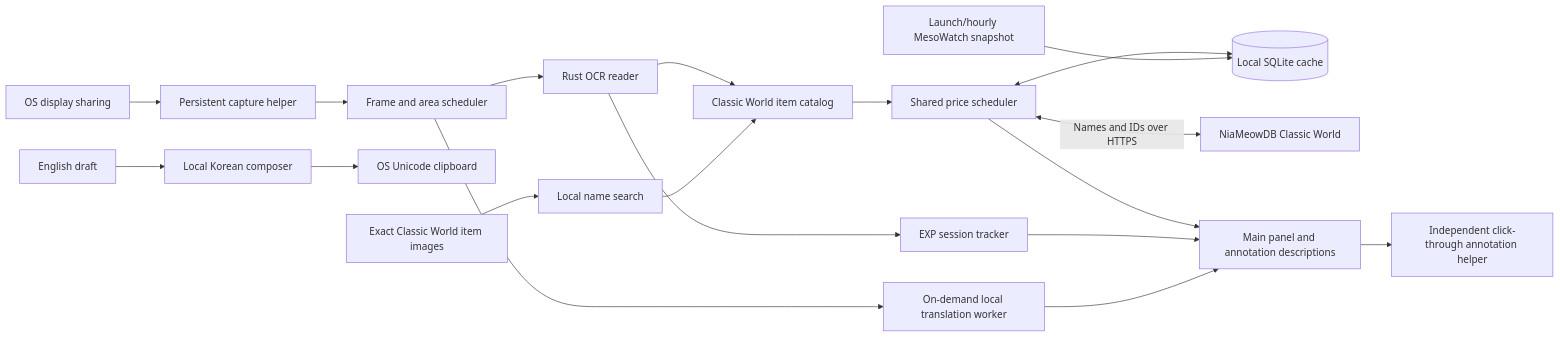
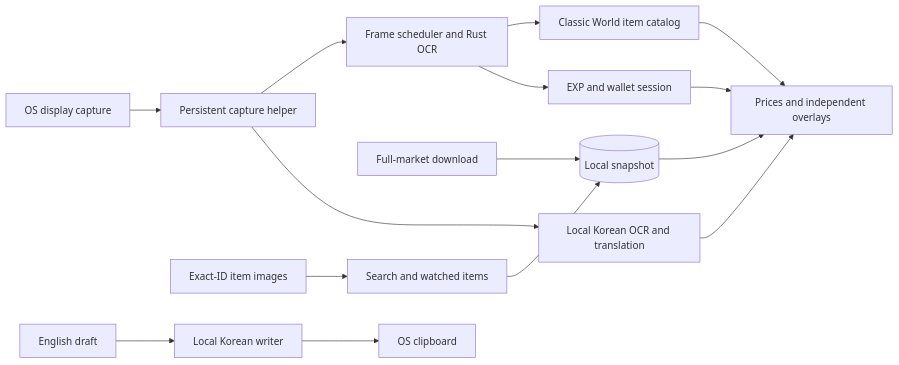
One commit to zhuffman68/classic-price-lens changed the diagram in ARCHITECTURE.md. Above: the diagram before and after it, drawn with Mermaid. The commit also changed other lines of this file and 67 other files, not shown here.

````diff
--- a/ARCHITECTURE.md
+++ b/ARCHITECTURE.md
@@ -13,21 +13,17 @@
 ```mermaid
 flowchart LR
-    OS[OS display sharing] --> Stream[Persistent capture helper]
-    Stream --> Capture[Frame and area scheduler]
-    Capture --> Reader[Rust OCR reader]
+    OS[OS display capture] --> Stream[Persistent capture helper]
+    Stream --> Reader[Frame scheduler and Rust OCR]
     Reader --> Identity[Classic World item catalog]
-    Search[Local name search] --> Identity
-    Identity --> Prices[Shared price scheduler]
-    Prices <--> Cache[(Local SQLite cache)]
-    Prices <-->|Names and IDs over HTTPS| Provider[NiaMeowDB Classic World]
-    Snapshot[Launch/hourly MesoWatch snapshot] --> Cache
-    Reader --> EXP[EXP session tracker]
-    Capture --> Chat[On-demand local translation worker]
-    Prices --> UI[Main panel and annotation descriptions]
-    EXP --> UI
-    Chat --> UI
-    Draft[English draft] --> Composer[Local Korean composer]
-    Composer --> Clipboard[OS Unicode clipboard]
-    Images[Exact Classic World item images] --> Search
-    UI --> Overlay[Independent click-through annotation helper]
+    Identity --> UI[Prices and independent overlays]
+    Snapshot[Full-market download] --> Cache[(Local snapshot)]
+    Cache --> UI
+    Search[Search and watched items] --> Cache
+    Images[Exact-ID item images] --> Search
+    Reader --> Tracking[EXP and wallet session]
+    Tracking --> UI
+    Stream --> Translate[Local Korean OCR and translation]
+    Translate --> UI
+    Draft[English draft] --> Writer[Local Korean writer]
+    Writer --> Clipboard[OS clipboard]
 ```
````
